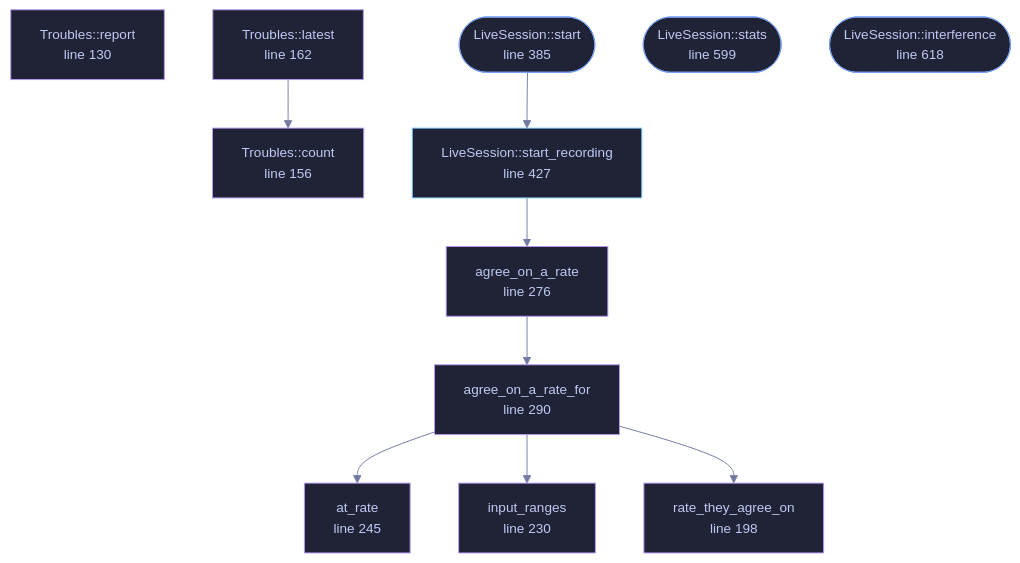
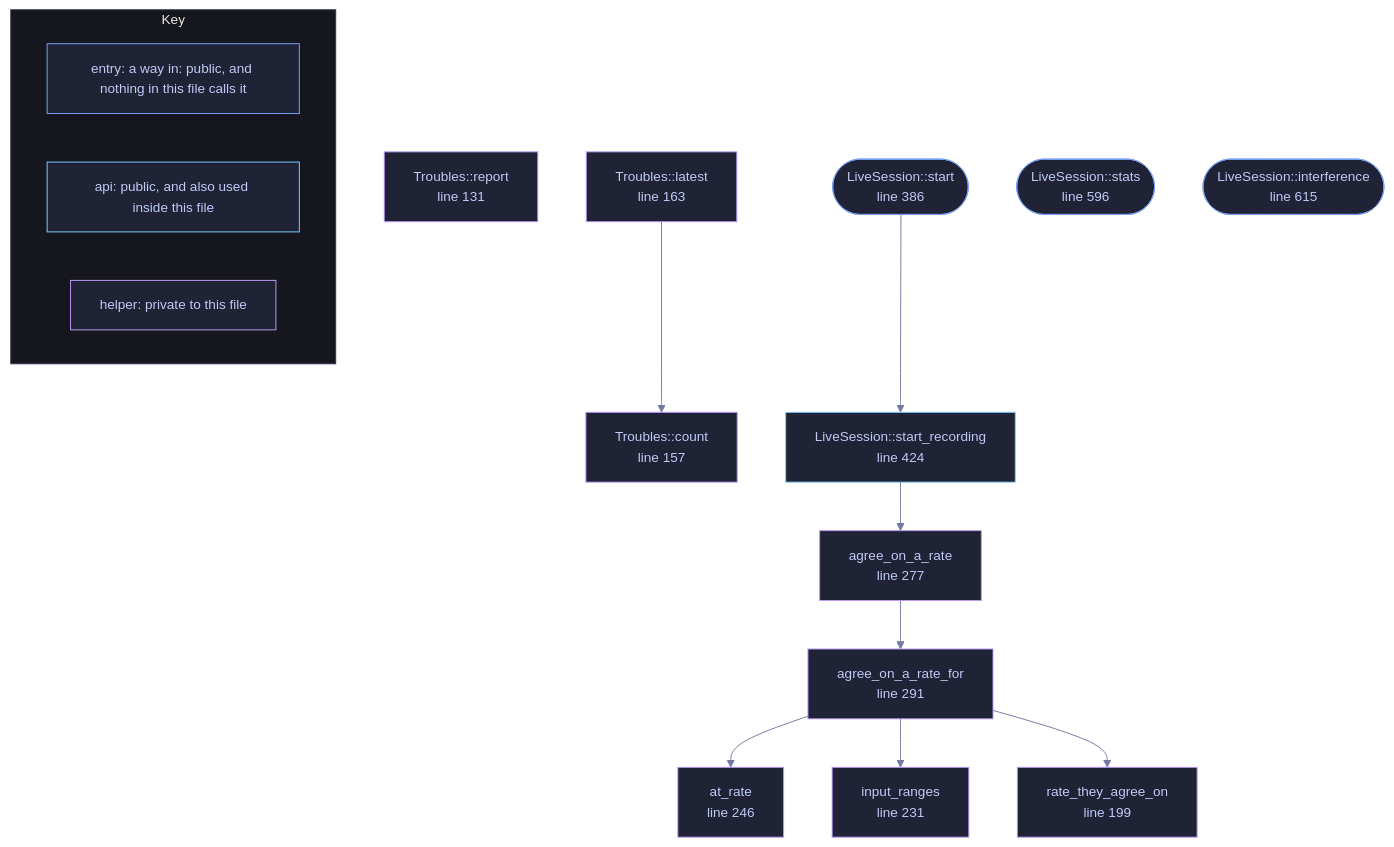
Before and after one commit to tilas01/veilvoice: the diagram in docs/files/veilvoice-audio/live.md, drawn with Mermaid. The commit also changed other lines of this file and 1510 other files, not shown here.

First line of the commit message:
Regenerate the documentation, wiki, site, graphs and measured numbers

````diff
--- a/docs/files/veilvoice-audio/live.md
+++ b/docs/files/veilvoice-audio/live.md
@@ -102,41 +102,50 @@
 ```mermaid
 %%{init: {"theme":"base","themeVariables":{"background":"#1a1b26","primaryColor":"#1f2335","primaryTextColor":"#c0caf5","primaryBorderColor":"#7aa2f7","secondaryColor":"#16161e","tertiaryColor":"#16161e","lineColor":"#737aa2","textColor":"#c0caf5","mainBkg":"#1f2335","nodeBorder":"#7aa2f7","clusterBkg":"#16161e","clusterBorder":"#2f3549","fontFamily":"ui-monospace, SFMono-Regular, Consolas, monospace","fontSize":"14px"}}}%%
 flowchart TD
-    n_report["Troubles::report<br/>line 130"]
-    n_count["Troubles::count<br/>line 156"]
-    n_latest["Troubles::latest<br/>line 162"]
-    n_rate_they_agree_on["rate_they_agree_on<br/>line 198"]
-    n_input_ranges["input_ranges<br/>line 230"]
-    n_at_rate["at_rate<br/>line 245"]
-    n_agree_on_a_rate["agree_on_a_rate<br/>line 276"]
-    n_agree_on_a_rate_for["agree_on_a_rate_for<br/>line 290"]
-    n_start(["LiveSession::start<br/>line 385"])
-    n_start_recording["LiveSession::start_recording<br/>line 427"]
-    n_stats(["LiveSession::stats<br/>line 599"])
-    n_interference(["LiveSession::interference<br/>line 618"])
+    n_report["Troubles::report<br/>line 131"]
+    n_count["Troubles::count<br/>line 157"]
+    n_latest["Troubles::latest<br/>line 163"]
+    n_rate_they_agree_on["rate_they_agree_on<br/>line 199"]
+    n_input_ranges["input_ranges<br/>line 231"]
+    n_at_rate["at_rate<br/>line 246"]
+    n_agree_on_a_rate["agree_on_a_rate<br/>line 277"]
+    n_agree_on_a_rate_for["agree_on_a_rate_for<br/>line 291"]
+    n_start(["LiveSession::start<br/>line 386"])
+    n_start_recording["LiveSession::start_recording<br/>line 424"]
+    n_stats(["LiveSession::stats<br/>line 596"])
+    n_interference(["LiveSession::interference<br/>line 615"])
     n_agree_on_a_rate --> n_agree_on_a_rate_for
     n_agree_on_a_rate_for --> n_at_rate
     n_agree_on_a_rate_for --> n_input_ranges
     n_agree_on_a_rate_for --> n_rate_they_agree_on
     n_latest --> n_count
     n_start --> n_start_recording
     n_start_recording --> n_agree_on_a_rate
-    click n_report href "https://github.com/tilas01/veilvoice/blob/main/crates/veilvoice-audio/src/live.rs#L130" "open the source"
-    click n_count href "https://github.com/tilas01/veilvoice/blob/main/crates/veilvoice-audio/src/live.rs#L156" "open the source"
-    click n_latest href "https://github.com/tilas01/veilvoice/blob/main/crates/veilvoice-audio/src/live.rs#L162" "open the source"
-    click n_rate_they_agree_on href "https://github.com/tilas01/veilvoice/blob/main/crates/veilvoice-audio/src/live.rs#L198" "open the source"
-    click n_input_ranges href "https://github.com/tilas01/veilvoice/blob/main/crates/veilvoice-audio/src/live.rs#L230" "open the source"
-    click n_at_rate href "https://github.com/tilas01/veilvoice/blob/main/crates/veilvoice-audio/src/live.rs#L245" "open the source"
-    click n_agree_on_a_rate href "https://github.com/tilas01/veilvoice/blob/main/crates/veilvoice-audio/src/live.rs#L276" "open the source"
-    click n_agree_on_a_rate_for href "https://github.com/tilas01/veilvoice/blob/main/crates/veilvoice-audio/src/live.rs#L290" "open the source"
-    click n_start href "https://github.com/tilas01/veilvoice/blob/main/crates/veilvoice-audio/src/live.rs#L385" "open the source"
-    click n_start_recording href "https://github.com/tilas01/veilvoice/blob/main/crates/veilvoice-audio/src/live.rs#L427" "open the source"
-    click n_stats href "https://github.com/tilas01/veilvoice/blob/main/crates/veilvoice-audio/src/live.rs#L599" "open the source"
-    click n_interference href "https://github.com/tilas01/veilvoice/blob/main/crates/veilvoice-audio/src/live.rs#L618" "open the source"
+    click n_report href "https://github.com/tilas01/veilvoice/blob/main/crates/veilvoice-audio/src/live.rs#L131" "open the source"
+    click n_count href "https://github.com/tilas01/veilvoice/blob/main/crates/veilvoice-audio/src/live.rs#L157" "open the source"
+    click n_latest href "https://github.com/tilas01/veilvoice/blob/main/crates/veilvoice-audio/src/live.rs#L163" "open the source"
+    click n_rate_they_agree_on href "https://github.com/tilas01/veilvoice/blob/main/crates/veilvoice-audio/src/live.rs#L199" "open the source"
+    click n_input_ranges href "https://github.com/tilas01/veilvoice/blob/main/crates/veilvoice-audio/src/live.rs#L231" "open the source"
+    click n_at_rate href "https://github.com/tilas01/veilvoice/blob/main/crates/veilvoice-audio/src/live.rs#L246" "open the source"
+    click n_agree_on_a_rate href "https://github.com/tilas01/veilvoice/blob/main/crates/veilvoice-audio/src/live.rs#L277" "open the source"
+    click n_agree_on_a_rate_for href "https://github.com/tilas01/veilvoice/blob/main/crates/veilvoice-audio/src/live.rs#L291" "open the source"
+    click n_start href "https://github.com/tilas01/veilvoice/blob/main/crates/veilvoice-audio/src/live.rs#L386" "open the source"
+    click n_start_recording href "https://github.com/tilas01/veilvoice/blob/main/crates/veilvoice-audio/src/live.rs#L424" "open the source"
+    click n_stats href "https://github.com/tilas01/veilvoice/blob/main/crates/veilvoice-audio/src/live.rs#L596" "open the source"
+    click n_interference href "https://github.com/tilas01/veilvoice/blob/main/crates/veilvoice-audio/src/live.rs#L615" "open the source"
     classDef entry fill:#1f2335,stroke:#7aa2f7,color:#c0caf5
     class n_start,n_stats,n_interference entry
     classDef api fill:#1f2335,stroke:#7dcfff,color:#c0caf5
     class n_start_recording api
     classDef helper fill:#1f2335,stroke:#bb9af7,color:#c0caf5
     class n_report,n_count,n_latest,n_rate_they_agree_on,n_input_ranges,n_at_rate,n_agree_on_a_rate,n_agree_on_a_rate_for helper
+    subgraph chart_key ["Key"]
+        direction LR
+        key_entry["entry: a way in: public, and nothing in this file calls it"]
+        key_api["api: public, and also used inside this file"]
+        key_helper["helper: private to this file"]
+    end
+    class key_entry entry
+    class key_api api
+    class key_helper helper
 ```
````
